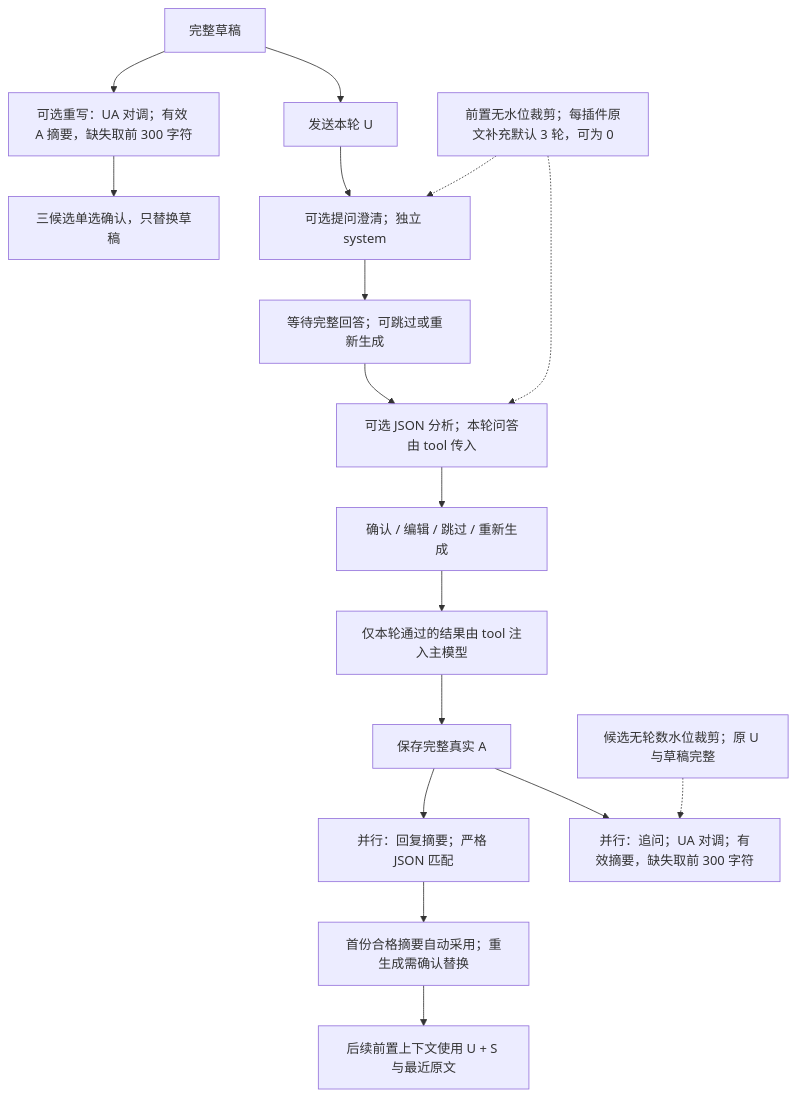
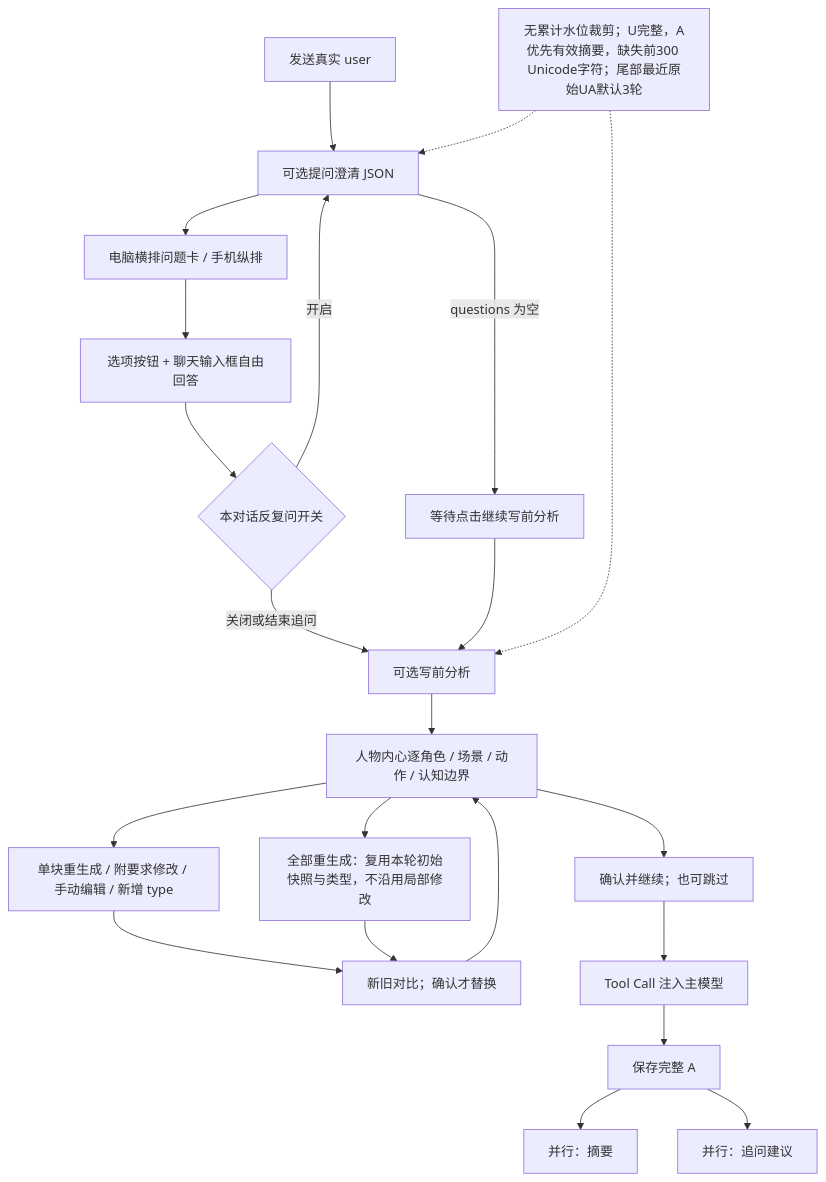
One commit to ccawmiku/workers-chat changed the first of 3 diagrams in docs/PLUGINS.md. Above: the diagram before and after it, drawn with Mermaid. The commit also changed other lines of this file and 71 other files, not shown here.

Commit message:
Add structured clarification and editable prewriting analysis blocks

````diff
--- a/docs/PLUGINS.md
+++ b/docs/PLUGINS.md
@@ -22,19 +7,24 @@
 ```mermaid
 flowchart TD
-    Draft[完整草稿] --> Rewrite[可选重写：UA 对调；有效 A 摘要，缺失取前 300 字符]
-    Rewrite --> Choose[三候选单选确认，只替换草稿]
-    Draft --> Send[发送本轮 U]
-    Send --> Clarify[可选提问澄清；独立 system]
-    Clarify --> Answer[等待完整回答；可跳过或重新生成]
-    Answer --> Analysis[可选 JSON 分析；本轮问答由 tool 传入]
-    Analysis --> Gate[确认 / 编辑 / 跳过 / 重新生成]
-    Gate --> Main[仅本轮通过的结果由 tool 注入主模型]
-    Main --> A[保存完整真实 A]
-    A --> Summary[并行：回复摘要；严格 JSON 匹配]
-    A --> Suggest[并行：追问；UA 对调；有效摘要，缺失取前 300 字符]
-    Summary --> Adopt[首份合格摘要自动采用；重生成需确认替换]
-    Adopt --> Next[后续前置上下文使用 U + S 与最近原文]
-    Water[前置无水位裁剪；每插件原文补充默认 3 轮，可为 0] -.-> Clarify
-    Water -.-> Analysis
-    Swapped[候选无轮数水位裁剪；原 U 与草稿完整] -.-> Suggest
+  U[发送真实 user] --> C[可选提问澄清 JSON]
+  C --> Q[电脑横排问题卡 / 手机纵排]
+  Q --> A[选项按钮 + 聊天输入框自由回答]
+  A --> L{本对话反复问开关}
+  L -->|开启| C
+  L -->|关闭或结束追问| P[可选写前分析]
+  C -->|questions 为空| Wait[等待点击继续写前分析]
+  Wait --> P
+  P --> Blocks[人物内心逐角色 / 场景 / 动作 / 认知边界]
+  Blocks --> Edit[单块重生成 / 附要求修改 / 手动编辑 / 新增 type]
+  Edit --> Compare[新旧对比；确认才替换]
+  Compare --> Blocks
+  Blocks --> All[全部重生成：复用本轮初始快照与类型，不沿用局部修改]
+  All --> Compare
+  Blocks --> Gate[确认并继续；也可跳过]
+  Gate --> Main[Tool Call 注入主模型]
+  Main --> Saved[保存完整 A]
+  Saved --> S[并行：摘要]
+  Saved --> F[并行：追问建议]
+  W[无累计水位裁剪；U完整，A优先有效摘要，缺失前300 Unicode字符；尾部最近原始UA默认3轮] -.-> C
+  W -.-> P
 ```
````
